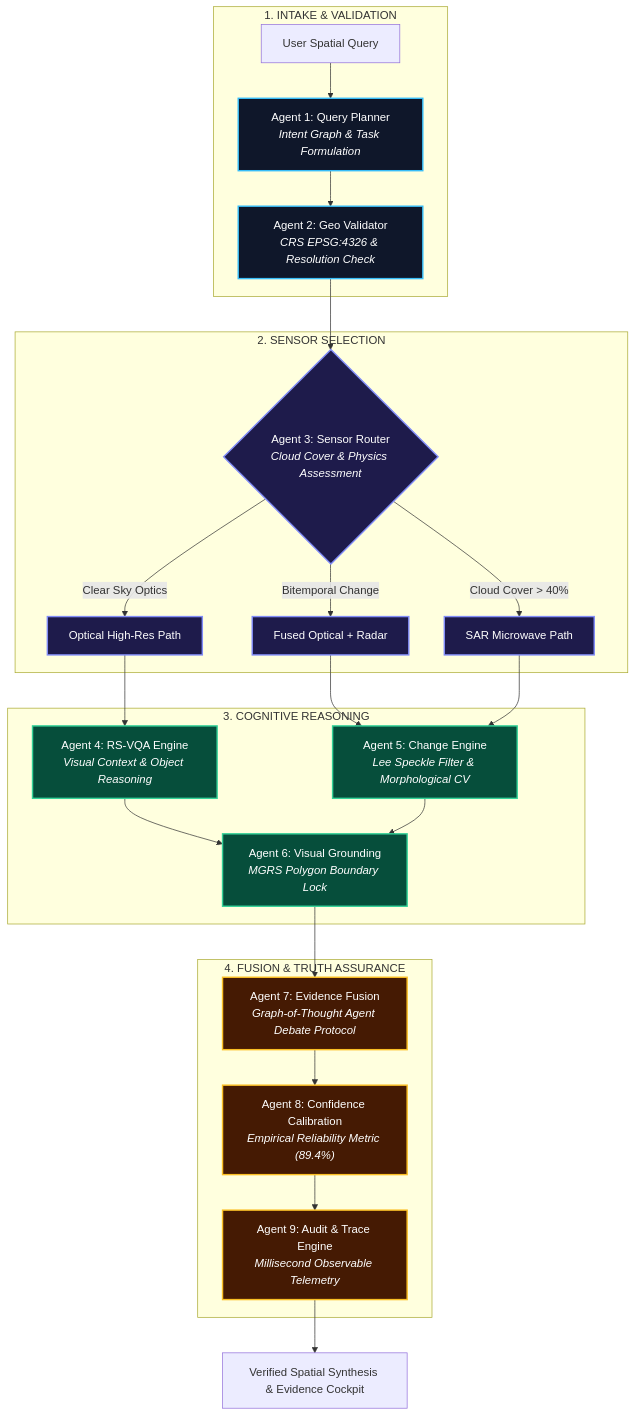
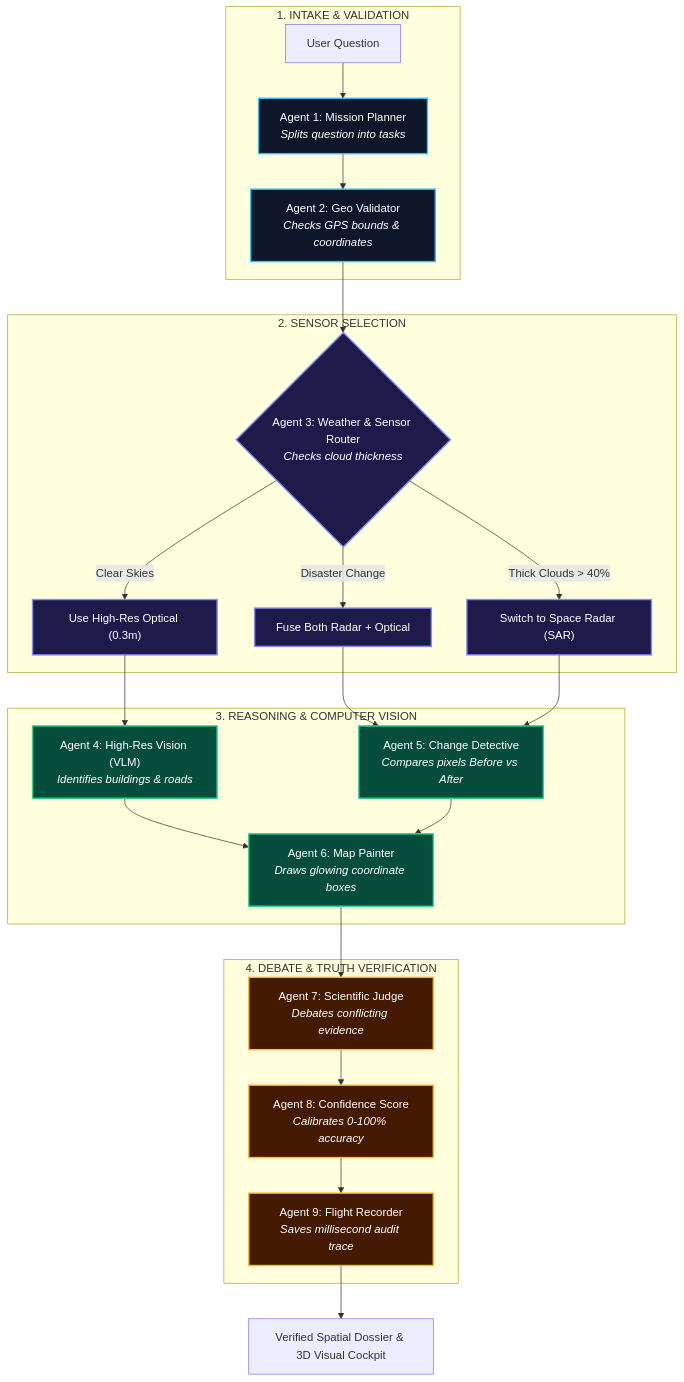
The diagram in README.md (8ernity/Satquery-Ai), drawn with Mermaid before and after one commit. The commit also changed other lines of this file, not shown here.

Commit message:
docs(readme): optimize explanations for clear, minimal, beginner-friendly understanding and showcase satellite reference images

````diff
--- a/README.md
+++ b/README.md
@@ -190,40 +146,40 @@
 ```mermaid
 flowchart TD
     subgraph INTAKE["1. INTAKE & VALIDATION"]
-        Q["User Spatial Query"] --> A1["Agent 1: Query Planner<br/><i>Intent Graph & Task Formulation</i>"]
-        A1 --> A2["Agent 2: Geo Validator<br/><i>CRS EPSG:4326 & Resolution Check</i>"]
+        Q["User Question"] --> A1["Agent 1: Mission Planner<br/><i>Splits question into tasks</i>"]
+        A1 --> A2["Agent 2: Geo Validator<br/><i>Checks GPS bounds & coordinates</i>"]
     end
 
     subgraph ROUTING["2. SENSOR SELECTION"]
-        A2 --> A3{"Agent 3: Sensor Router<br/><i>Cloud Cover & Physics Assessment</i>"}
-        A3 -->|Cloud Cover > 40%| SAR_ROUTE["SAR Microwave Path"]
-        A3 -->|Clear Sky Optics| OPT_ROUTE["Optical High-Res Path"]
-        A3 -->|Bitemporal Change| DUAL_ROUTE["Fused Optical + Radar"]
+        A2 --> A3{"Agent 3: Weather & Sensor Router<br/><i>Checks cloud thickness</i>"}
+        A3 -->|Thick Clouds > 40%| SAR_ROUTE["Switch to Space Radar (SAR)"]
+        A3 -->|Clear Skies| OPT_ROUTE["Use High-Res Optical (0.3m)"]
+        A3 -->|Disaster Change| DUAL_ROUTE["Fuse Both Radar + Optical"]
     end
 
-    subgraph ANALYSIS["3. COGNITIVE REASONING"]
-        OPT_ROUTE --> A4["Agent 4: RS-VQA Engine<br/><i>Visual Context & Object Reasoning</i>"]
-        DUAL_ROUTE --> A5["Agent 5: Change Engine<br/><i>Lee Speckle Filter & Morphological CV</i>"]
+    subgraph ANALYSIS["3. REASONING & COMPUTER VISION"]
+        OPT_ROUTE --> A4["Agent 4: High-Res Vision (VLM)<br/><i>Identifies buildings & roads</i>"]
+        DUAL_ROUTE --> A5["Agent 5: Change Detective<br/><i>Compares pixels Before vs After</i>"]
         SAR_ROUTE --> A5
-        A4 --> A6["Agent 6: Visual Grounding<br/><i>MGRS Polygon Boundary Lock</i>"]
+        A4 --> A6["Agent 6: Map Painter<br/><i>Draws glowing coordinate boxes</i>"]
         A5 --> A6
     end
 
-    subgraph CONSENSUS["4. FUSION & TRUTH ASSURANCE"]
-        A6 --> A7["Agent 7: Evidence Fusion<br/><i>Graph-of-Thought Agent Debate Protocol</i>"]
-        A7 --> A8["Agent 8: Confidence Calibration<br/><i>Empirical Reliability Metric (89.4%)</i>"]
-        A8 --> A9["Agent 9: Audit & Trace Engine<br/><i>Millisecond Observable Telemetry</i>"]
+    subgraph CONSENSUS["4. DEBATE & TRUTH VERIFICATION"]
+        A6 --> A7["Agent 7: Scientific Judge<br/><i>Debates conflicting evidence</i>"]
+        A7 --> A8["Agent 8: Confidence Score<br/><i>Calibrates 0-100% accuracy</i>"]
+        A8 --> A9["Agent 9: Flight Recorder<br/><i>Saves millisecond audit trace</i>"]
     end
 
-    A9 --> OUT["Verified Spatial Synthesis & Evidence Cockpit"]
+    A9 --> OUT["Verified Spatial Dossier & 3D Visual Cockpit"]
 
     classDef intake fill:#0f172a,stroke:#38bdf8,stroke-width:2px,color:#fff;
     classDef routing fill:#1e1b4b,stroke:#818cf8,stroke-width:2px,color:#fff;
     classDef analysis fill:#064e3b,stroke:#34d399,stroke-width:2px,color:#fff;
     classDef consensus fill:#451a03,stroke:#fbbf24,stroke-width:2px,color:#fff;
 
     class A1,A2 intake;
     class A3,SAR_ROUTE,OPT_ROUTE,DUAL_ROUTE routing;
     class A4,A5,A6 analysis;
     class A7,A8,A9 consensus;
 ```
````
